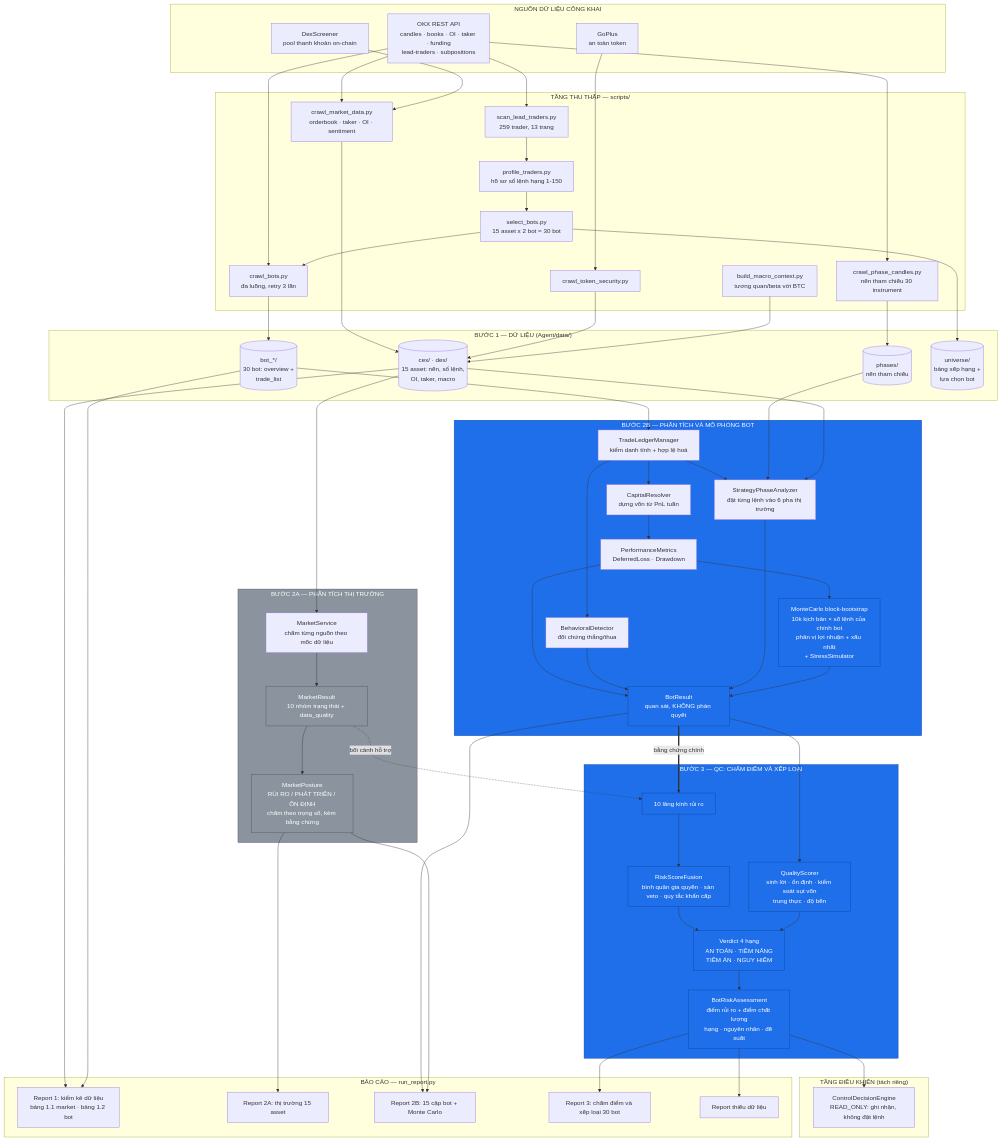
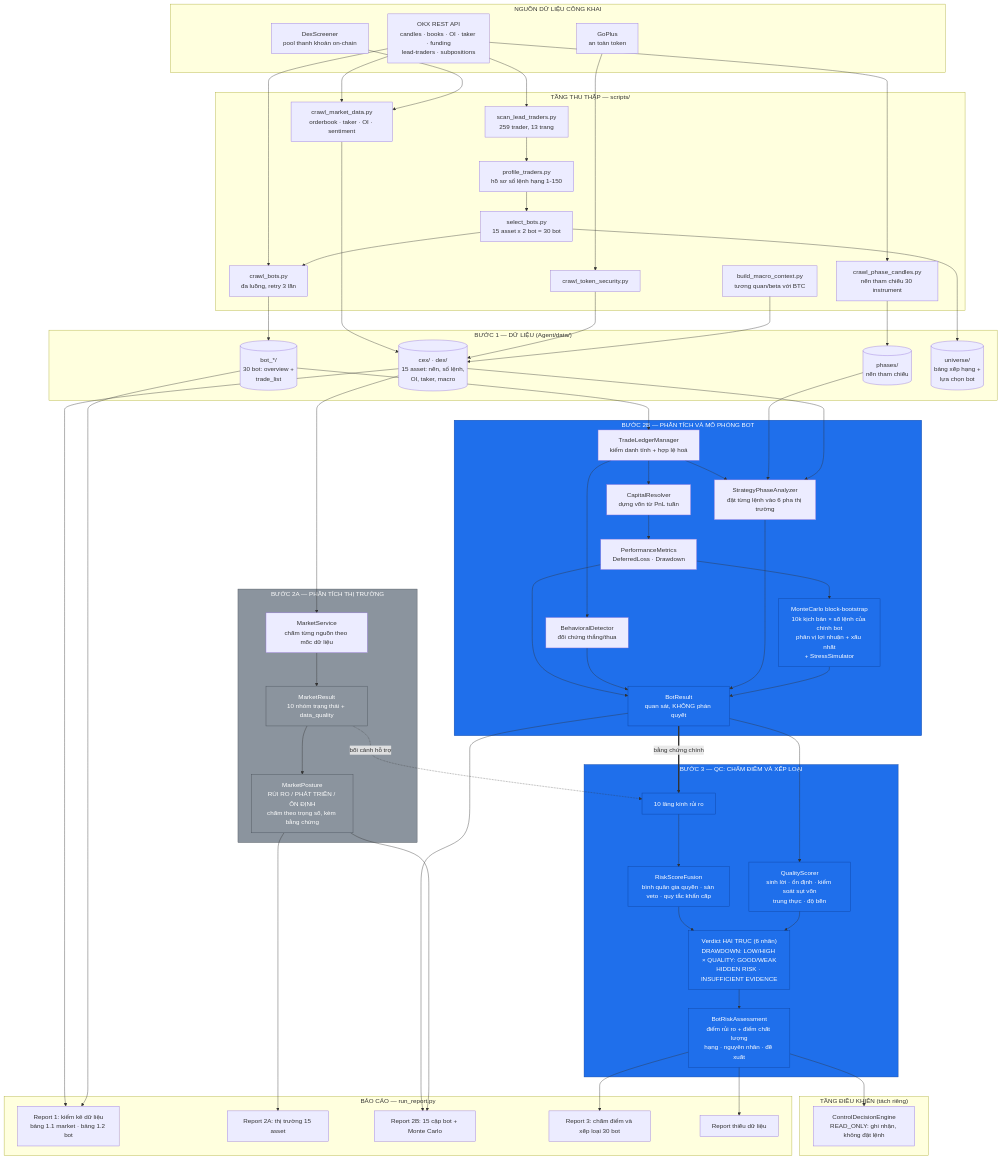
Before and after one commit to nguyenhieptn/norabt: the diagram in Agent/docs/system_flow.mmd, drawn with Mermaid. The commit also changed 192 other files, not shown here.

```diff
--- a/Agent/docs/system_flow.mmd
+++ b/Agent/docs/system_flow.mmd
@@ -1,98 +1,98 @@
 %% Tổng quan hệ thống AI Risk Supervisor (QC Agent) cho bot copy-trading OKX
 %% Vẽ bằng Mermaid: https://mermaid.live  — hoặc `mmdc -i system_flow.mmd -o system_flow.png`
 flowchart TB
 
 subgraph SRC["NGUỒN DỮ LIỆU CÔNG KHAI"]
   OKX["OKX REST API<br/>candles · books · OI · taker · funding<br/>lead-traders · subpositions"]
   DEXS["DexScreener<br/>pool thanh khoản on-chain"]
   GOP["GoPlus<br/>an toàn token"]
 end
 
 subgraph CRAWL["TẦNG THU THẬP — scripts/"]
   SCAN["scan_lead_traders.py<br/>259 trader, 13 trang"]
   PROF["profile_traders.py<br/>hồ sơ sổ lệnh hạng 1-150"]
   SEL["select_bots.py<br/>15 asset x 2 bot = 30 bot"]
   CB["crawl_bots.py<br/>đa luồng, retry 3 lần"]
   CM["crawl_market_data.py<br/>orderbook · taker · OI · sentiment"]
   CP["crawl_phase_candles.py<br/>nến tham chiếu 30 instrument"]
   CTS["crawl_token_security.py"]
   MAC["build_macro_context.py<br/>tương quan/beta với BTC"]
 end
 
 subgraph STORE["BƯỚC 1 — DỮ LIỆU (Agent/data/)"]
   DMKT[("cex/ · dex/<br/>15 asset: nến, sổ lệnh,<br/>OI, taker, macro")]
   DBOT[("bot_*/<br/>30 bot: overview +<br/>trade_list")]
   DPH[("phases/<br/>nến tham chiếu")]
   DUNI[("universe/<br/>bảng xếp hạng +<br/>lựa chọn bot")]
 end
 
 subgraph L1["BƯỚC 2A — PHÂN TÍCH THỊ TRƯỜNG"]
   MS["MarketService<br/>chấm từng nguồn theo mốc dữ liệu"]
   MR["MarketResult<br/>10 nhóm trạng thái + data_quality"]
   MP["MarketPosture<br/>RỦI RO / PHÁT TRIỂN / ỔN ĐỊNH<br/>chấm theo trọng số, kèm bằng chứng"]
 end
 
 subgraph L2["BƯỚC 2B — PHÂN TÍCH VÀ MÔ PHỎNG BOT"]
   LG["TradeLedgerManager<br/>kiểm danh tính + hợp lệ hoá"]
   CAP["CapitalResolver<br/>dựng vốn từ PnL tuần"]
   PERF["PerformanceMetrics<br/>DeferredLoss · Drawdown"]
   BEH["BehavioralDetector<br/>đối chứng thắng/thua"]
   PHA["StrategyPhaseAnalyzer<br/>đặt từng lệnh vào 6 pha thị trường"]
   MC["MonteCarlo block-bootstrap<br/>10k kịch bản × số lệnh của chính bot<br/>phân vị lợi nhuận + xấu nhất<br/>+ StressSimulator"]
   BR["BotResult<br/>quan sát, KHÔNG phán quyết"]
 end
 
 subgraph L3["BƯỚC 3 — QC: CHẤM ĐIỂM VÀ XẾP LOẠI"]
   LENS["10 lăng kính rủi ro"]
   FUSE["RiskScoreFusion<br/>bình quân gia quyền · sàn veto · quy tắc khẩn cấp"]
   QUAL["QualityScorer<br/>sinh lời · ổn định · kiểm soát sụt vốn<br/>trung thực · độ bền"]
-  VERD["Verdict 4 hạng<br/>AN TOÀN · TIỀM NĂNG<br/>TIỀM ẨN · NGUY HIỂM"]
+  VERD["Verdict HAI TRỤC (6 nhãn)<br/>DRAWDOWN: LOW/HIGH × QUALITY: GOOD/WEAK<br/>HIDDEN RISK · INSUFFICIENT EVIDENCE"]
   BRA["BotRiskAssessment<br/>điểm rủi ro + điểm chất lượng<br/>hạng · nguyên nhân · đề xuất"]
 end
 
 subgraph CTRL["TẦNG ĐIỀU KHIỂN (tách riêng)"]
   CD["ControlDecisionEngine<br/>READ_ONLY: ghi nhận, không đặt lệnh"]
 end
 
 subgraph REP["BÁO CÁO — run_report.py"]
   R0["Report 1: kiểm kê dữ liệu<br/>bảng 1.1 market · bảng 1.2 bot"]
   R1["Report 2A: thị trường 15 asset"]
   R2["Report 2B: 15 cặp bot + Monte Carlo"]
   R3["Report 3: chấm điểm và xếp loại 30 bot"]
   RG["Report thiếu dữ liệu"]
 end
 
 OKX --> SCAN & CB & CM & CP
 DEXS --> CM
 GOP --> CTS
 SCAN --> PROF --> SEL --> CB
 SEL --> DUNI
 CB --> DBOT
 CM & CTS & MAC --> DMKT
 CP --> DPH
 
 DMKT --> MS --> MR --> MP
 DBOT --> LG --> CAP --> PERF --> BR
 LG --> BEH --> BR
 LG --> PHA --> BR
 DPH --> PHA
 DMKT --> PHA
 PERF --> MC --> BR
 
 MR -. "bối cảnh hỗ trợ" .-> LENS
 BR == "bằng chứng chính" ==> LENS
 LENS --> FUSE --> VERD --> BRA --> CD
 BR --> QUAL --> VERD
 
 DMKT --> R0
 DBOT --> R0
 MP --> R1
 BR --> R2
 MP --> R2
 BRA --> R3
 BRA --> RG
 
 classDef main fill:#1f6feb,stroke:#0d419d,color:#fff
 classDef sup fill:#8b949e,stroke:#484f58,color:#fff
 class L2,L3,BR,BRA,LENS,FUSE,QUAL,VERD,MC main
 class L1,MR,MP sup
```
